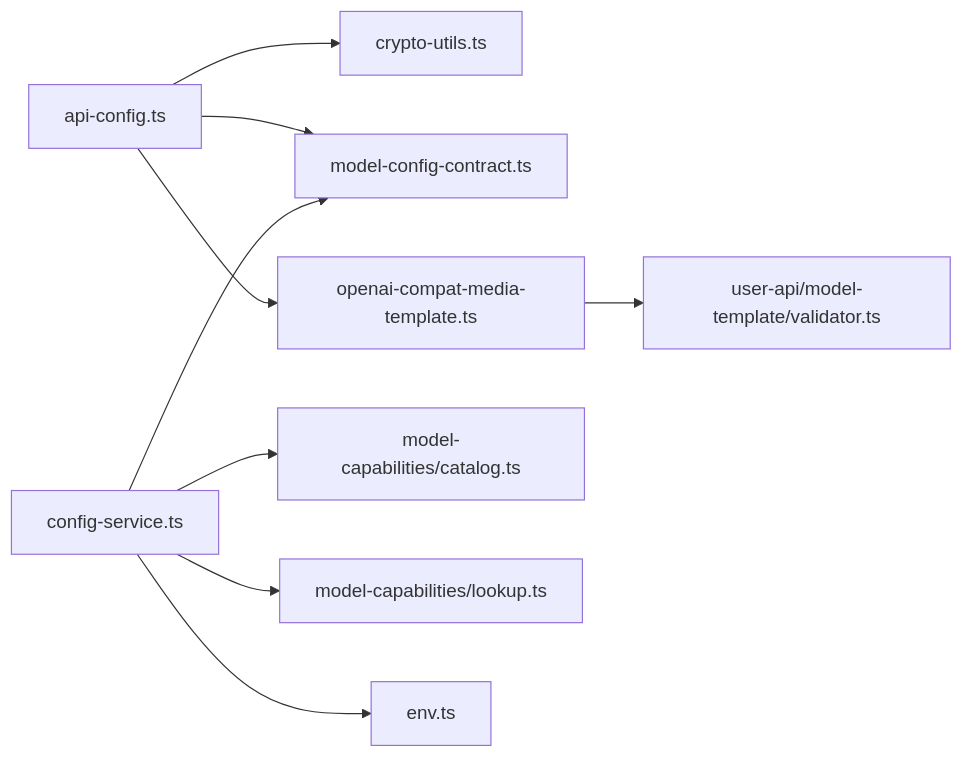
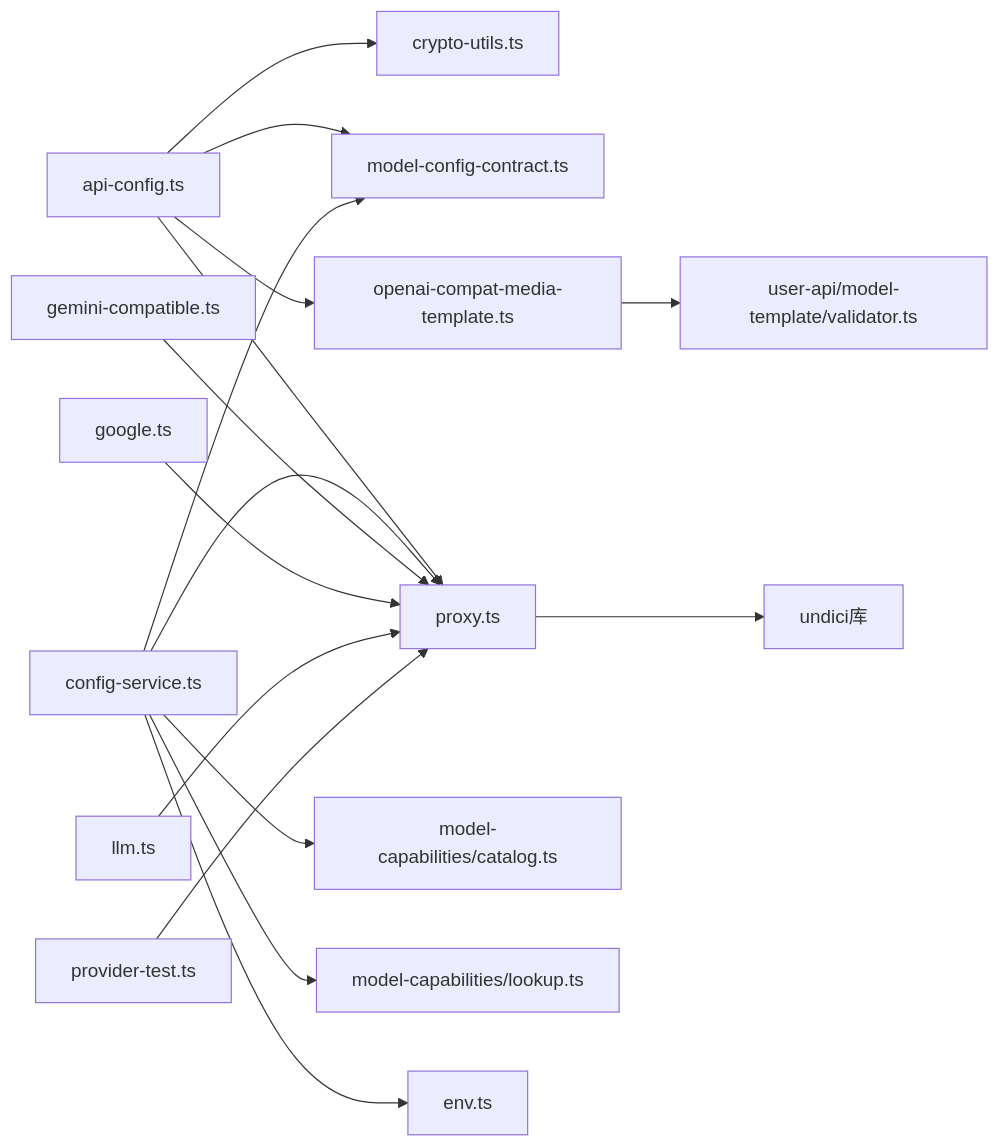
Before and after one commit to lyl2021/waoowaoo: the tenth of 10 diagrams in .qoder/repowiki/zh/content/AI服务集成/API配置管理.md, drawn with Mermaid. The commit also changed other lines of this file and 15 other files, not shown here.

````diff
--- a/.qoder/repowiki/zh/content/AI服务集成/API配置管理.md
+++ b/.qoder/repowiki/zh/content/AI服务集成/API配置管理.md
@@ -381,11 +448,18 @@
 ```mermaid
 graph LR
 api_cfg["api-config.ts"] --> crypto["crypto-utils.ts"]
 api_cfg --> contract["model-config-contract.ts"]
 api_cfg --> tmpl["openai-compat-media-template.ts"]
+api_cfg --> proxy["proxy.ts"]
 cfg_svc["config-service.ts"] --> contract
 cfg_svc --> catalog["model-capabilities/catalog.ts"]
 cfg_svc --> lookup["model-capabilities/lookup.ts"]
+cfg_svc --> proxy
 tmpl --> tmpl_validator["user-api/model-template/validator.ts"]
 cfg_svc --> env_utils["env.ts"]
+proxy --> undici["undici库"]
+gemini_compat["gemini-compatible.ts"] --> proxy
+google_img["google.ts"] --> proxy
+llm_gateway["llm.ts"] --> proxy
+provider_test["provider-test.ts"] --> proxy
 ```
````
